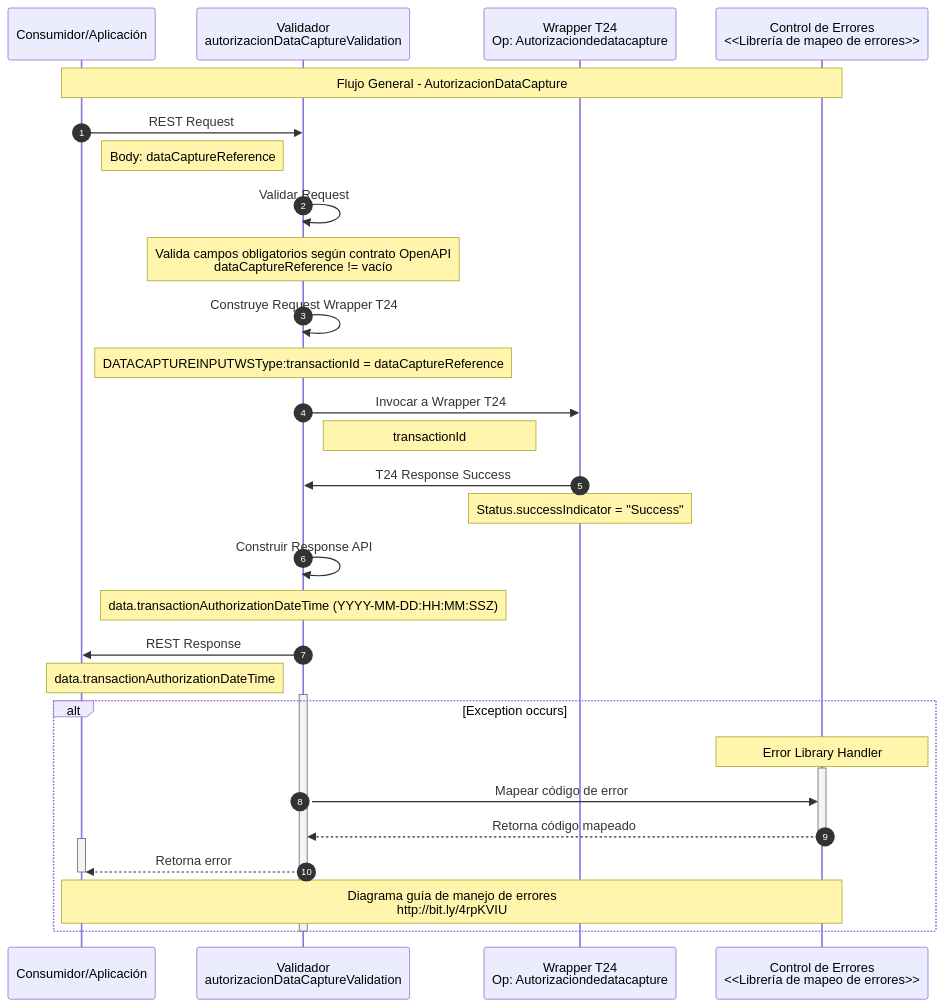
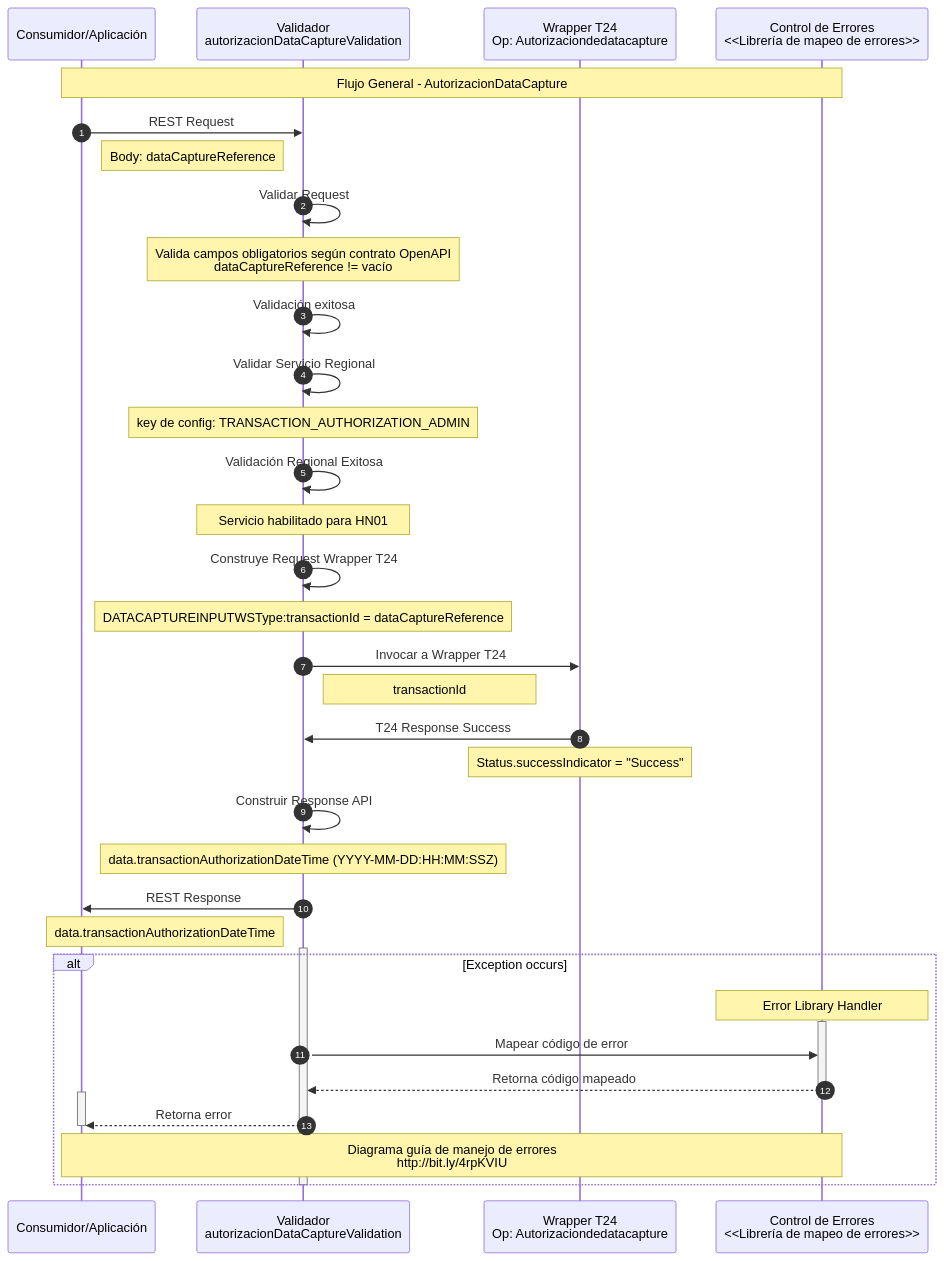
Before and after one commit to jmolano10/ficohsa-capa-media: the diagram in ZMigrationFeature/AutorizacionDataCapture/TO-BE-04-Secuencia-General.mmd, drawn with Mermaid.

```diff
--- a/ZMigrationFeature/AutorizacionDataCapture/TO-BE-04-Secuencia-General.mmd
+++ b/ZMigrationFeature/AutorizacionDataCapture/TO-BE-04-Secuencia-General.mmd
@@ -1,44 +1,52 @@
 sequenceDiagram
     autonumber
     participant Consumidor as Consumidor/Aplicación
     participant API as API AutorizacionDataCapture <br> Epica 2558: AutorizacionDataCapture <br> HU 7900:  PUT - /cross-channel/transaction-authorization-admin/v1/initiate-data-capture-authorization
     participant API as Validador<br/>autorizacionDataCaptureValidation
     participant WT24 as Wrapper T24 <br/> Op: Autorizaciondedatacapture
     participant Errors as Control de Errores <br/> <<Librería de mapeo de errores>>
 
     Note over Consumidor, Errors: Flujo General - AutorizacionDataCapture
 
     Consumidor->>API: REST Request 
     Note right of Consumidor: Body: dataCaptureReference 
 
     API->>API: Validar Request
     Note over API: Valida campos obligatorios según contrato OpenAPI <br/> dataCaptureReference != vacío
+
+    API->>API: Validación exitosa
+
+    API->>API: Validar Servicio Regional
+    Note over API: key de config: TRANSACTION_AUTHORIZATION_ADMIN
+    
+    API->>API: Validación Regional Exitosa
+    Note over API: Servicio habilitado para HN01
 
     API->>API: Construye Request Wrapper T24
     Note over API: DATACAPTUREINPUTWSType:transactionId = dataCaptureReference
 
     API->>WT24: Invocar a Wrapper T24
     Note right of API: transactionId
 
     WT24->>API: T24 Response Success
     Note over WT24: Status.successIndicator = "Success"
 
     API->>API: Construir Response API
     Note over API: data.transactionAuthorizationDateTime (YYYY-MM-DD:HH:MM:SSZ)
 
     API->>Consumidor: REST Response 
     Note left of API: data.transactionAuthorizationDateTime
 
     activate API
     alt Exception occurs
         note over Errors: Error Library Handler
         activate Errors
             API->> Errors: Mapear código de error
             Errors -->> API: Retorna código mapeado
         deactivate Errors
         activate Consumidor
             API-->> Consumidor: Retorna error
         deactivate Consumidor
         Note over Consumidor,Errors: Diagrama guía de manejo de errores <br> http://bit.ly/4rpKVIU
     end
     deactivate API
```
